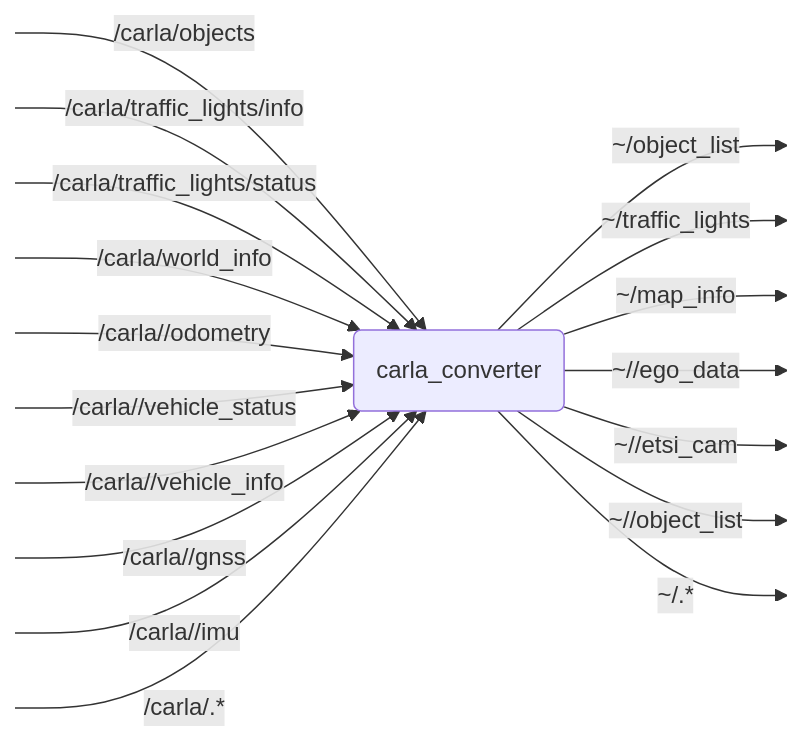
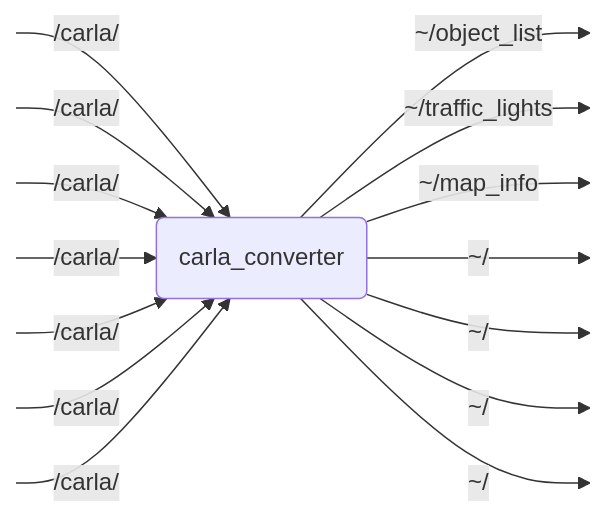
One commit to openads-project/carla_converter changed the diagram in carla_converter/README.md. Above: the diagram before and after it, drawn with Mermaid. The commit also changed other lines of this file and 3 other files, not shown here.

````diff
--- a/carla_converter/README.md
+++ b/carla_converter/README.md
@@ -9,22 +9,19 @@
 ```mermaid
 flowchart LR
     NODE("carla_converter")
-    S0:::hidden -->|/carla/objects| NODE
-    S1:::hidden -->|/carla/traffic_lights/info| NODE
-    S2:::hidden -->|/carla/traffic_lights/status| NODE
-    S3:::hidden -->|/carla/world_info| NODE
-    S4:::hidden -->|/carla/<actor_name>/odometry| NODE
-    S5:::hidden -->|/carla/<actor_name>/vehicle_status| NODE
-    S6:::hidden -->|/carla/<actor_name>/vehicle_info| NODE
-    S7:::hidden -->|/carla/<actor_name>/gnss| NODE
-    S8:::hidden -->|/carla/<actor_name>/imu| NODE
-    S9:::hidden -->|/carla/.*| NODE
+    S0:::hidden -->|/carla/| NODE
+    S1:::hidden -->|/carla/| NODE
+    S2:::hidden -->|/carla/| NODE
+    S3:::hidden -->|/carla/| NODE
+    S4:::hidden -->|/carla/| NODE
+    S5:::hidden -->|/carla/| NODE
+    S6:::hidden -->|/carla/| NODE
     NODE -->|~/object_list| P0:::hidden
     NODE -->|~/traffic_lights| P1:::hidden
     NODE -->|~/map_info| P2:::hidden
-    NODE -->|~/<actor_name>/ego_data| P3:::hidden
-    NODE -->|~/<actor_name>/etsi_cam| P4:::hidden
-    NODE -->|~/<actor_name>/object_list| P5:::hidden
-    NODE -->|~/.*| P6:::hidden
+    NODE -->|~/| P3:::hidden
+    NODE -->|~/| P4:::hidden
+    NODE -->|~/| P5:::hidden
+    NODE -->|~/| P6:::hidden
     classDef hidden display: none;
 ```
````
